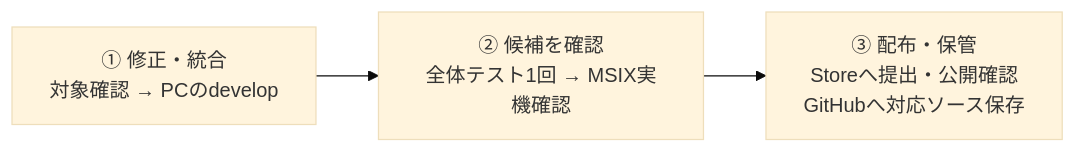
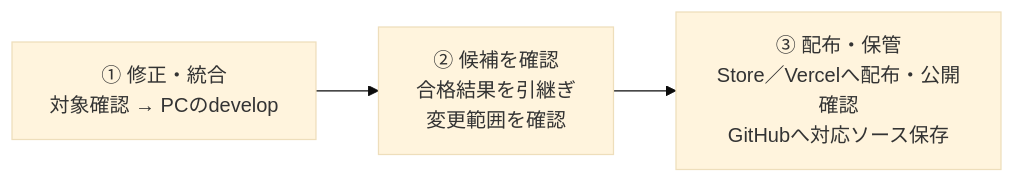
The diagram in docs/010_RELEASE.md (ore-no-fusen/ore-no-fusen), drawn with Mermaid (base theme) before and after one commit. The commit also changed other lines of this file, not shown here.

````diff
--- a/docs/010_RELEASE.md
+++ b/docs/010_RELEASE.md
@@ -28,4 +28,4 @@
 ```mermaid
 flowchart LR
- A["① 修正・統合<br/>対象確認 → PCのdevelop"] --> B["② 候補を確認<br/>全体テスト1回 → MSIX実機確認"] --> C["③ 配布・保管<br/>Storeへ提出・公開確認<br/>GitHubへ対応ソース保存"]
+ A["① 修正・統合<br/>対象確認 → PCのdevelop"] --> B["② 候補を確認<br/>合格結果を引継ぎ<br/>変更範囲を確認"] --> C["③ 配布・保管<br/>Store／Vercelへ配布・公開確認<br/>GitHubへ対応ソース保存"]
 ```
````
